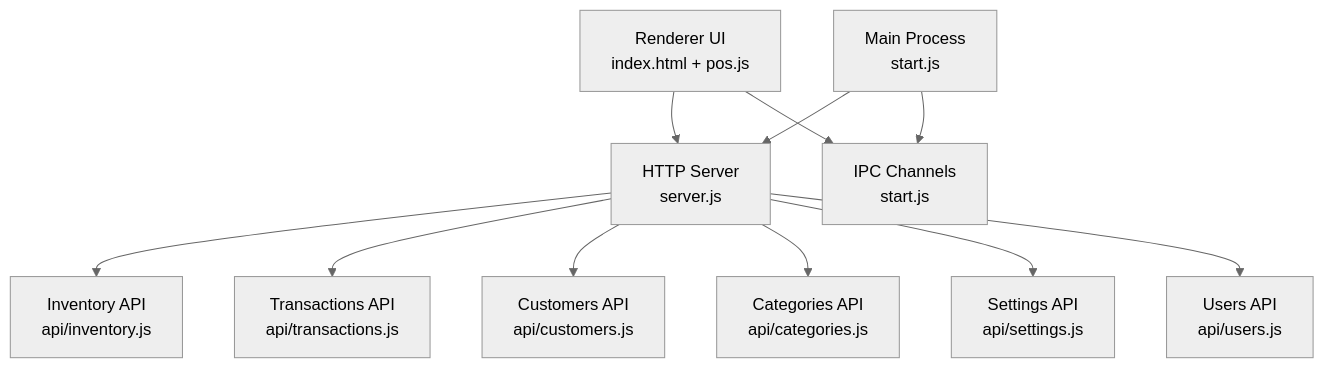
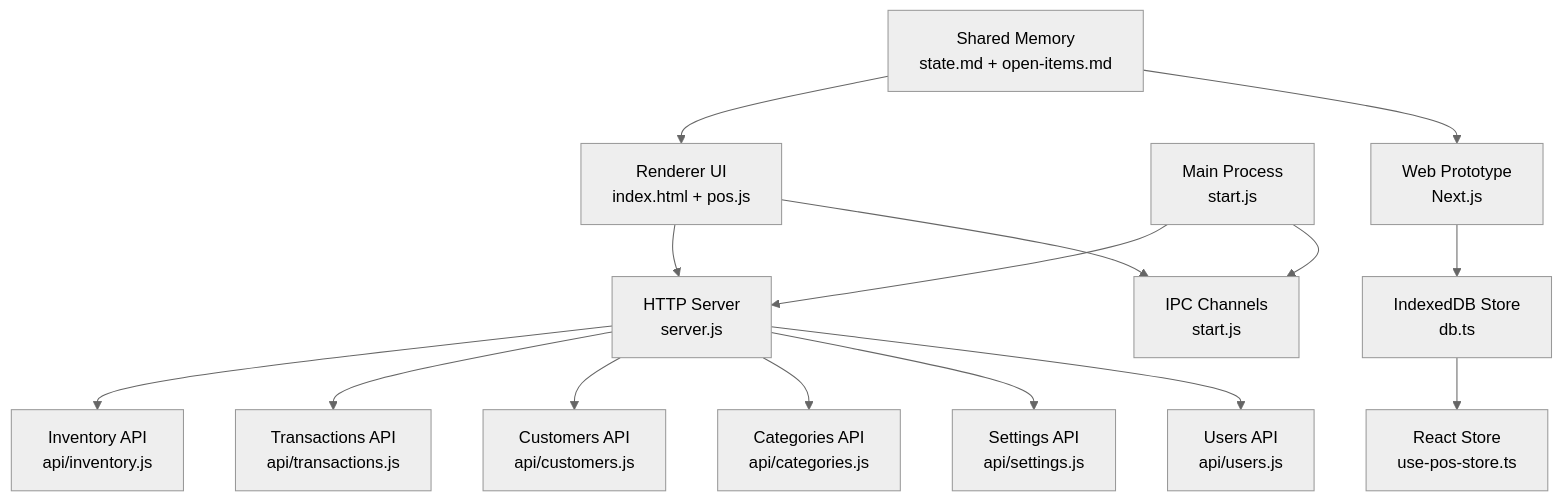
Before and after one commit to yosefdc7/PharmaPOS: the second of 11 diagrams in .qoder/repowiki/en/content/Architecture Overview/Architecture Overview.md, drawn with Mermaid (neutral theme). The commit also changed other lines of this file and 28 other files, not shown here.

````diff
--- a/.qoder/repowiki/en/content/Architecture Overview/Architecture Overview.md
+++ b/.qoder/repowiki/en/content/Architecture Overview/Architecture Overview.md
@@ -133,23 +179,31 @@
 ```mermaid
 graph TB
 Client["Renderer UI<br/>index.html + pos.js"]
 IPC["IPC Channels<br/>start.js"]
 Main["Main Process<br/>start.js"]
 HTTP["HTTP Server<br/>server.js"]
 INV["Inventory API<br/>api/inventory.js"]
 TRX["Transactions API<br/>api/transactions.js"]
 CUS["Customers API<br/>api/customers.js"]
 CAT["Categories API<br/>api/categories.js"]
 SET["Settings API<br/>api/settings.js"]
 USR["Users API<br/>api/users.js"]
+WebProto["Web Prototype<br/>Next.js"]
+WebDB["IndexedDB Store<br/>db.ts"]
+WebStore["React Store<br/>use-pos-store.ts"]
+SharedMem["Shared Memory<br/>state.md + open-items.md"]
 Client --> HTTP
 Main --> HTTP
 Main --> IPC
 Client --> IPC
 HTTP --> INV
 HTTP --> TRX
 HTTP --> CUS
 HTTP --> CAT
 HTTP --> SET
 HTTP --> USR
+WebProto --> WebDB
+WebDB --> WebStore
+SharedMem --> Client
+SharedMem --> WebProto
 ```
````
